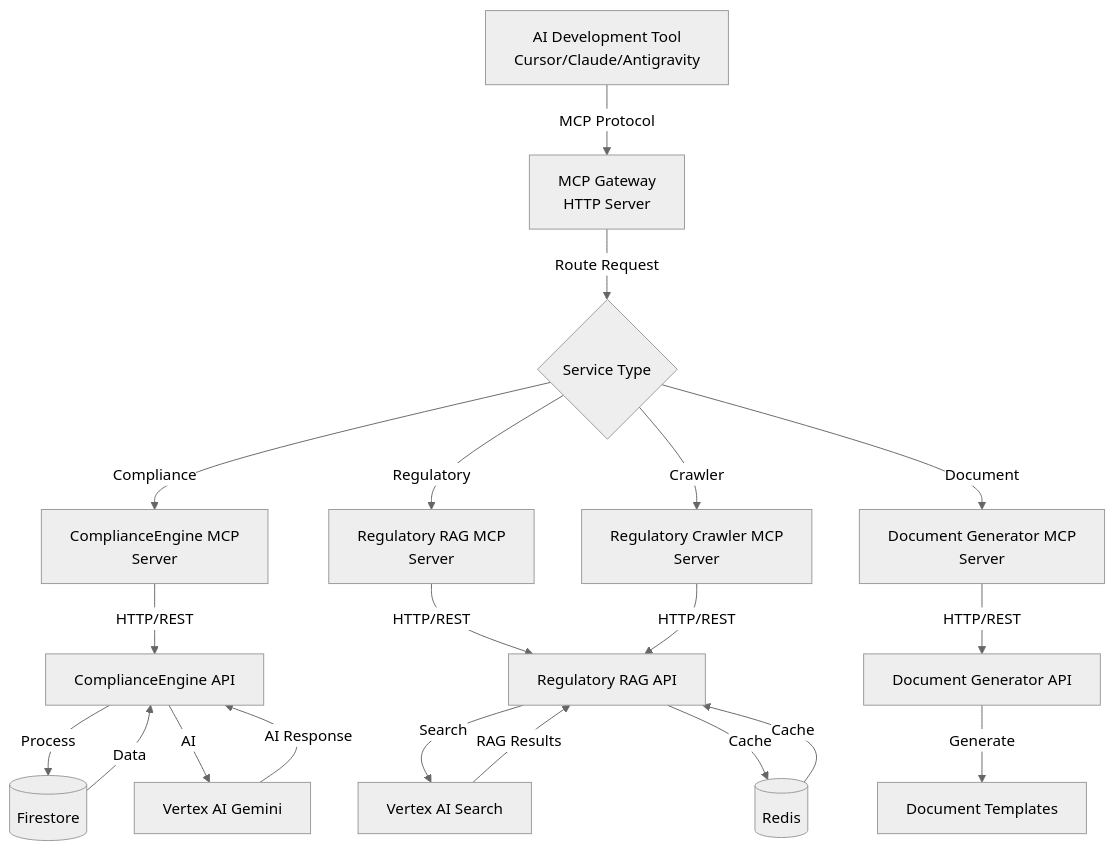
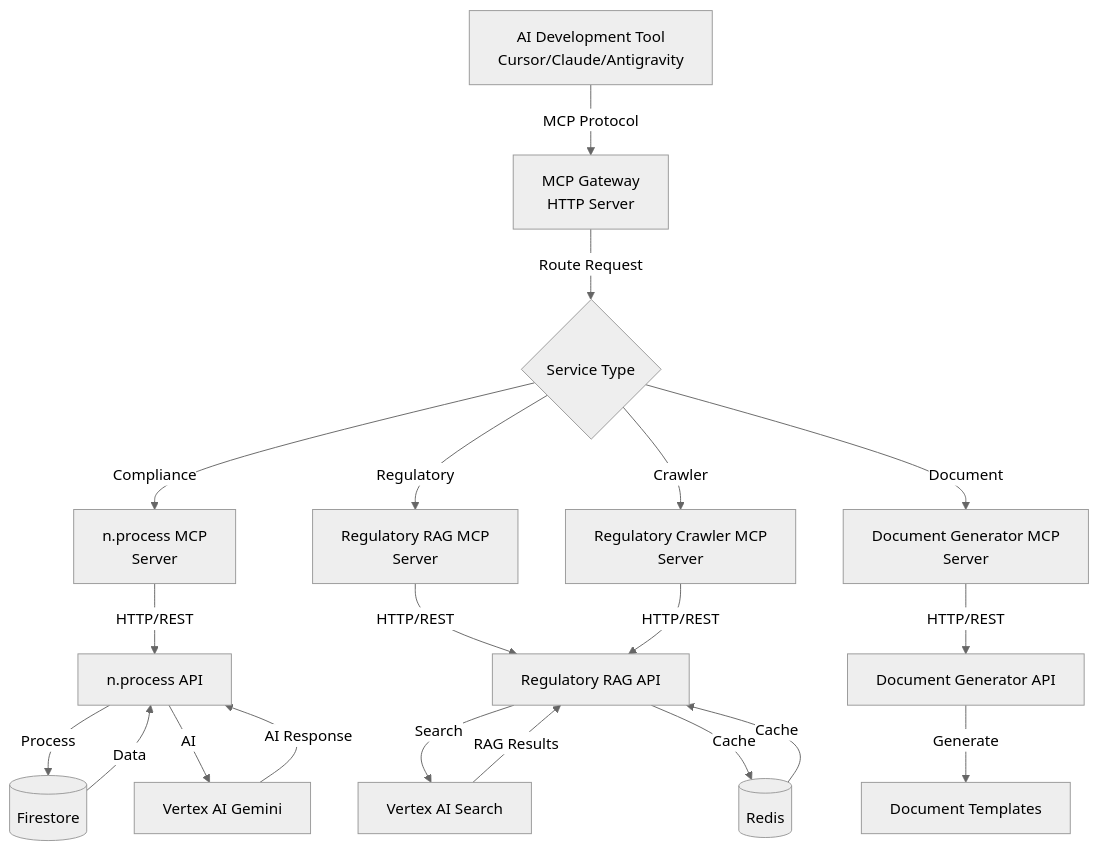
The fourth of 12 diagrams in README.md (resper1965/nprocess), drawn with Mermaid (neutral theme) before and after one commit. The commit also changed other lines of this file and 43 other files, not shown here.

First line of the commit message:
refactor: rebrand from ComplianceEngine to n.process

````diff
--- a/README.md
+++ b/README.md
@@ -175,27 +175,27 @@
 ```mermaid
 flowchart TD
     A[AI Development Tool<br/>Cursor/Claude/Antigravity] -->|MCP Protocol| B[MCP Gateway<br/>HTTP Server]
     
     B -->|Route Request| C{Service Type}
     
-    C -->|Compliance| D[ComplianceEngine MCP<br/>Server]
+    C -->|Compliance| D[n.process MCP<br/>Server]
     C -->|Regulatory| E[Regulatory RAG MCP<br/>Server]
     C -->|Document| F[Document Generator MCP<br/>Server]
     C -->|Crawler| G[Regulatory Crawler MCP<br/>Server]
     
-    D -->|HTTP/REST| H[ComplianceEngine API]
+    D -->|HTTP/REST| H[n.process API]
     E -->|HTTP/REST| I[Regulatory RAG API]
     F -->|HTTP/REST| J[Document Generator API]
     G -->|HTTP/REST| I
     
     H -->|Process| K[(Firestore)]
     H -->|AI| L[Vertex AI Gemini]
     I -->|Search| M[Vertex AI Search]
     I -->|Cache| N[(Redis)]
     J -->|Generate| O[Document Templates]
     
     K -->|Data| H
     L -->|AI Response| H
     M -->|RAG Results| I
     N -->|Cache| I
 ```
````
